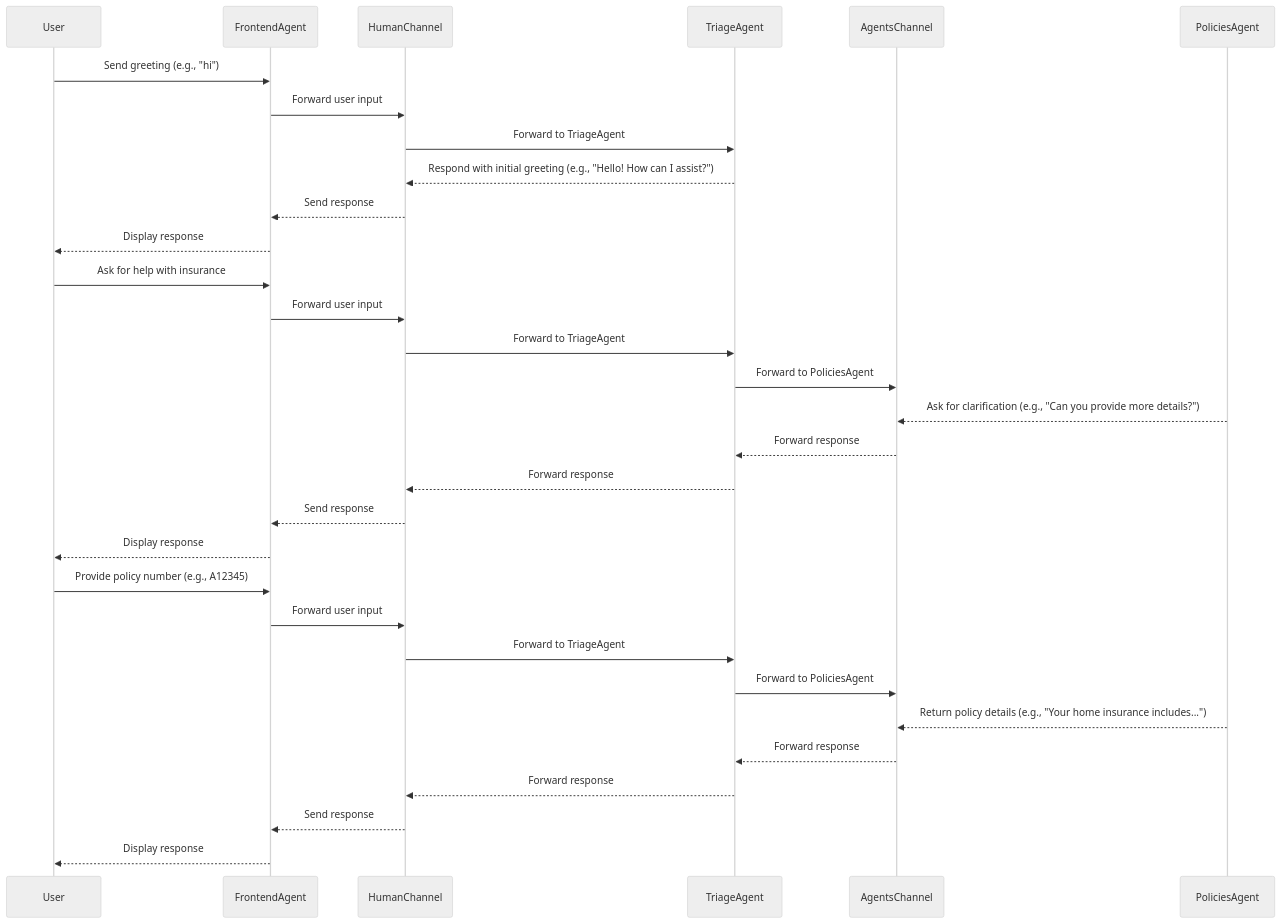
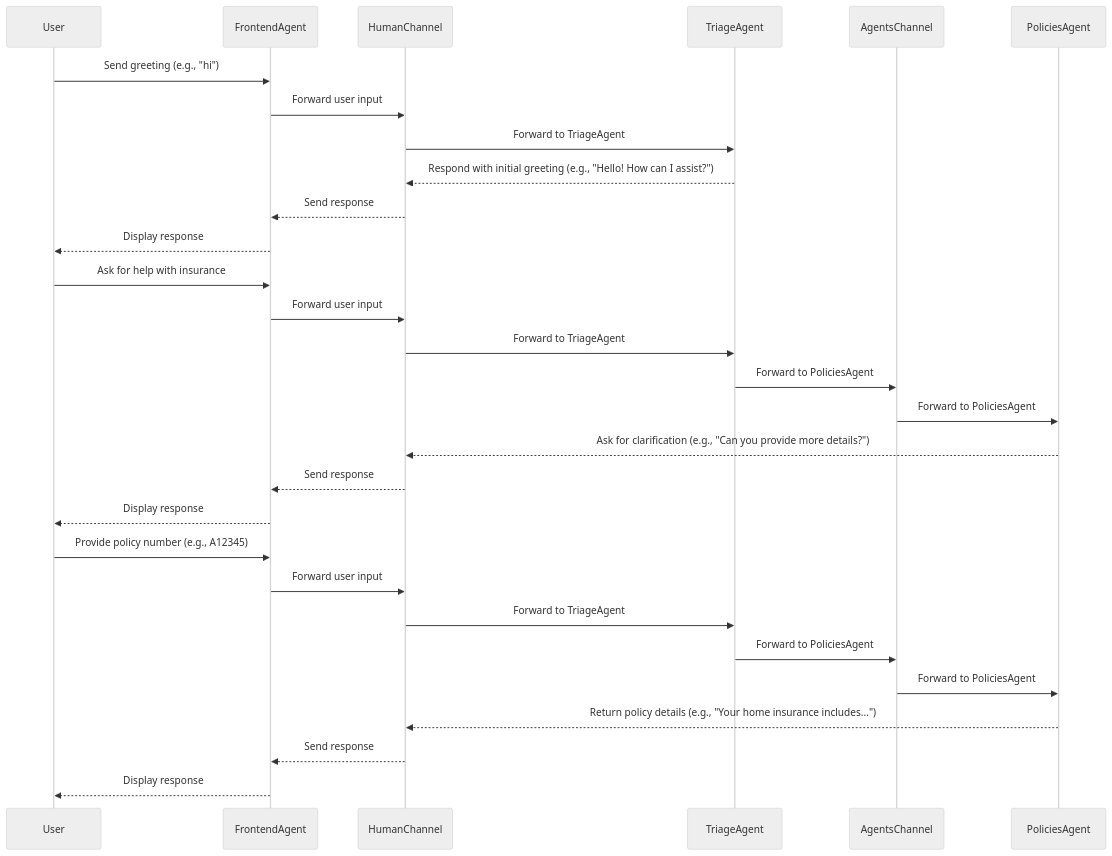
The diagram in examples/multi_agent_human_chat/README.md (eggai-tech/EggAI), drawn with Mermaid (neutral theme) before and after one commit.

Commit message:
docs: improve sequence diagram clarity in README

````diff
--- a/examples/multi_agent_human_chat/README.md
+++ b/examples/multi_agent_human_chat/README.md
@@ -57,36 +57,34 @@
 ```mermaid
 sequenceDiagram
     participant User
     participant FrontendAgent
     participant HumanChannel
     participant TriageAgent
     participant AgentsChannel
     participant PoliciesAgent
 
     User->>FrontendAgent: Send greeting (e.g., "hi")
     FrontendAgent->>HumanChannel: Forward user input
     HumanChannel->>TriageAgent: Forward to TriageAgent
     TriageAgent-->>HumanChannel: Respond with initial greeting (e.g., "Hello! How can I assist?")
     HumanChannel-->>FrontendAgent: Send response
     FrontendAgent-->>User: Display response
 
     User->>FrontendAgent: Ask for help with insurance
     FrontendAgent->>HumanChannel: Forward user input
     HumanChannel->>TriageAgent: Forward to TriageAgent
     TriageAgent->>AgentsChannel: Forward to PoliciesAgent
-    PoliciesAgent-->>AgentsChannel: Ask for clarification (e.g., "Can you provide more details?")
-    AgentsChannel-->>TriageAgent: Forward response
-    TriageAgent-->>HumanChannel: Forward response
+    AgentsChannel->>PoliciesAgent: Forward to PoliciesAgent
+    PoliciesAgent-->>HumanChannel: Ask for clarification (e.g., "Can you provide more details?")
     HumanChannel-->>FrontendAgent: Send response
     FrontendAgent-->>User: Display response
 
     User->>FrontendAgent: Provide policy number (e.g., A12345)
     FrontendAgent->>HumanChannel: Forward user input
     HumanChannel->>TriageAgent: Forward to TriageAgent
     TriageAgent->>AgentsChannel: Forward to PoliciesAgent
-    PoliciesAgent-->>AgentsChannel: Return policy details (e.g., "Your home insurance includes...")
-    AgentsChannel-->>TriageAgent: Forward response
-    TriageAgent-->>HumanChannel: Forward response
+    AgentsChannel->>PoliciesAgent: Forward to PoliciesAgent
+    PoliciesAgent-->>HumanChannel: Return policy details (e.g., "Your home insurance includes...")
     HumanChannel-->>FrontendAgent: Send response
     FrontendAgent-->>User: Display response
 ```
````
